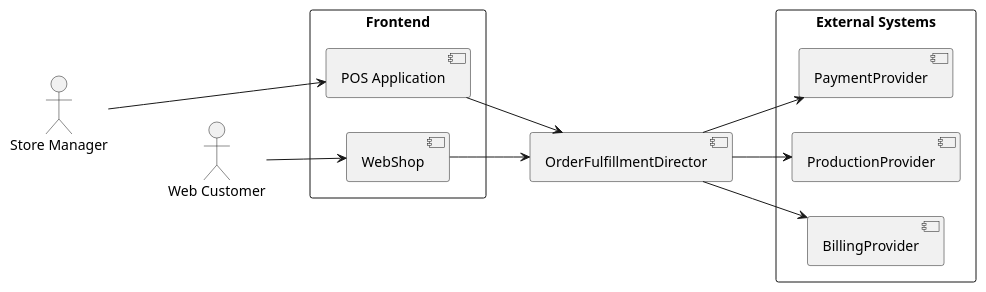
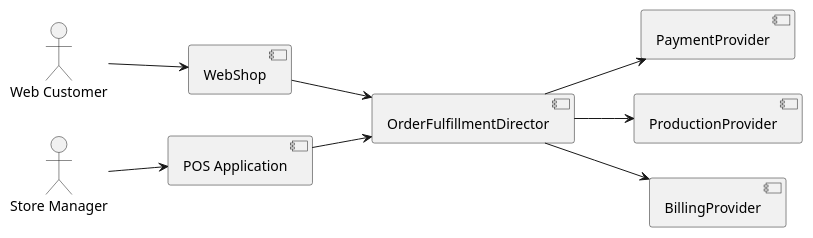
Before and after one commit to wonderbird/kata-gof-builder-pattern-shop-order-completion: the diagram in composite-structure.puml, drawn with PlantUML. The commit also changed 1 other file, not shown here.

```diff
--- a/composite-structure.puml
+++ b/composite-structure.puml
@@ -1,37 +1,28 @@
 @startuml
 
 left to right direction
 skinparam componentStyle uml2
 skinparam monochrome true
 
-rectangle "Frontend" {
-	[POS Application] as pos
-	[WebShop] as web
-	' pos -[hidden]-> web
-}
+[POS Application] as pos
+[WebShop] as web
 
 [OrderFulfillmentDirector] as facade
 
-actor "Store Manager" as manager
-manager -> pos
-pos -down-> facade
-
 actor "Web Customer" as customer
-manager -[hidden]-> customer
 customer -down-> web
 web -down-> facade
 
-rectangle "External Systems" {
-	[PaymentProvider] as payment
-	[ProductionProvider] as production
-	[BillingProvider] as billing
+actor "Store Manager" as manager
+manager -down-> pos
+pos -down-> facade
 
-	'payment -[hidden]down-> production
-	'production -[hidden]down-> billing
-}
+[PaymentProvider] as payment
+[ProductionProvider] as production
+[BillingProvider] as billing
 
 facade -down-> payment
 facade -down-> production
 facade -down-> billing
 
 @enduml
```
